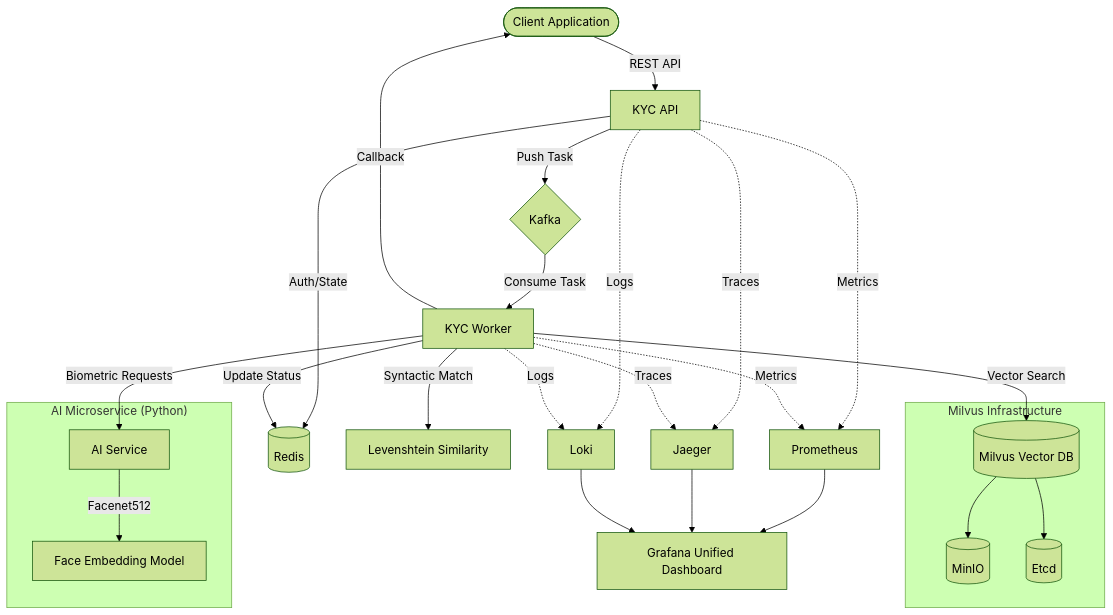
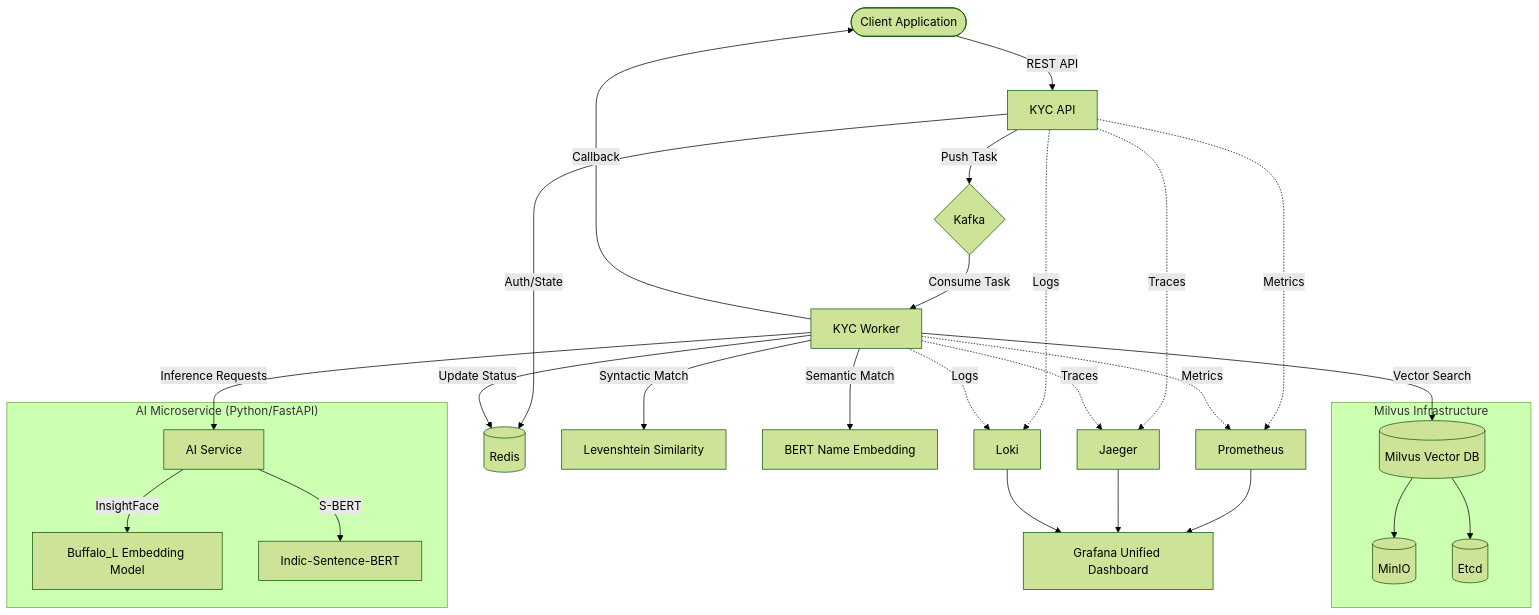
One commit to Vk1033/goverify-engine changed the diagram in README.md. Above: the diagram before and after it, drawn with Mermaid (forest theme). The commit also changed other lines of this file and 1 other file, not shown here.

Commit message:
feat: upgrade AI service to FastAPI and integrate InsightFace and S-BERT for hybrid name matching

````diff
--- a/README.md
+++ b/README.md
@@ -27,43 +27,45 @@
 ```mermaid
 graph TD
     %% External
     Client([Client Application]) -->|REST API| API[KYC API]
     API -->|Auth/State| Redis[(Redis)]
     
     %% Orchestration
     API -->|Push Task| Kafka{Kafka}
     Kafka -->|Consume Task| Worker[KYC Worker]
     
     %% Processing
-    Worker -->|Biometric Requests| AI[AI Service]
-    subgraph "AI Microservice (Python)"
-        AI -->|Facenet512| FaceModel[Face Embedding Model]
+    Worker -->|Inference Requests| AI[AI Service]
+    subgraph "AI Microservice (Python/FastAPI)"
+        AI -->|InsightFace| FaceModel[Buffalo_L Embedding Model]
+        AI -->|S-BERT| NameModel[Indic-Sentence-BERT]
     end
     
     Worker -->|Syntactic Match| Lev[Levenshtein Similarity]
+    Worker -->|Semantic Match| BERT[BERT Name Embedding]
     
     %% Data Store
     Worker -->|Vector Search| Milvus[(Milvus Vector DB)]
     subgraph "Milvus Infrastructure"
         Milvus --> MinIO[(MinIO)]
         Milvus --> Etcd[(Etcd)]
     end
     
     %% Status & Callbacks
     Worker -->|Update Status| Redis
     Worker -->|Callback| Client
     
     %% Observability
     API -.->|Metrics| Prom[Prometheus]
     Worker -.->|Metrics| Prom
     
     API -.->|Traces| Jaeger[Jaeger]
     Worker -.->|Traces| Jaeger
     
     API -.->|Logs| Loki[Loki]
     Worker -.->|Logs| Loki
     
     Prom --> Grafana[Grafana Unified Dashboard]
     Jaeger --> Grafana
     Loki --> Grafana
 ```
````
